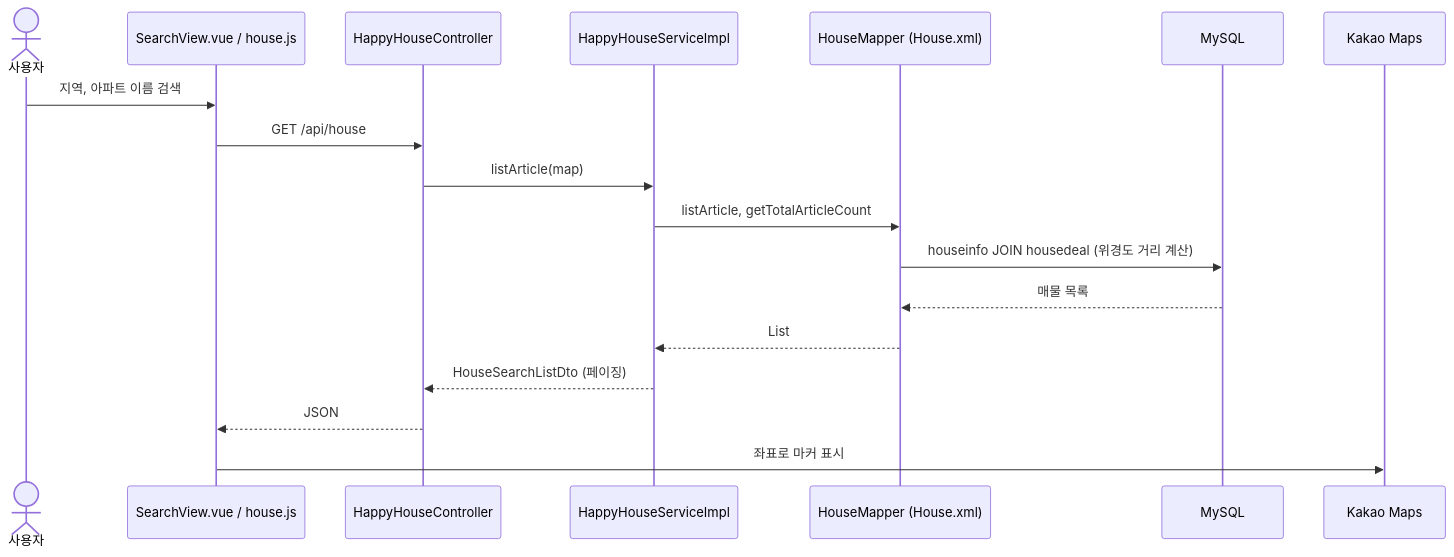
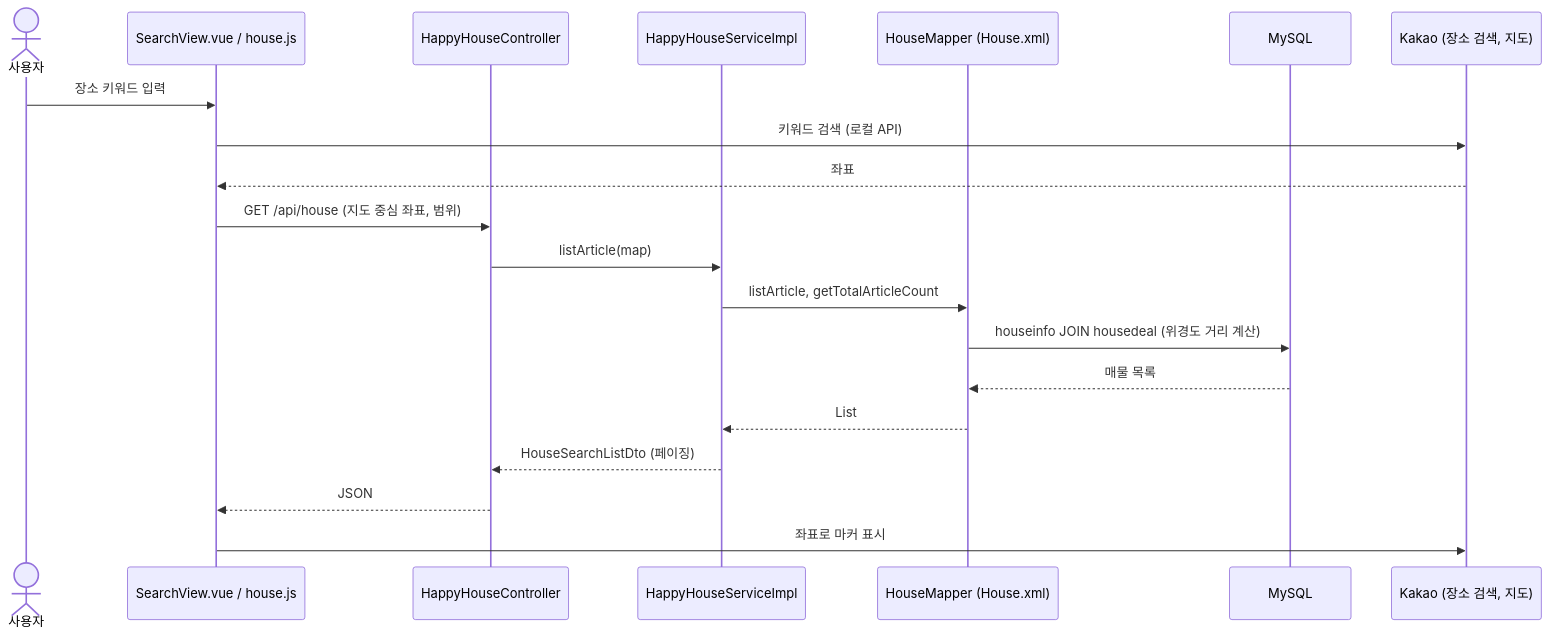
One commit to wogud98/Where-is-my-home changed the fourth of 4 diagrams in README.md. Above: the diagram before and after it, drawn with Mermaid. The commit also changed other lines of this file, not shown here.

````diff
--- a/README.md
+++ b/README.md
@@ -219,21 +221,23 @@
 ```mermaid
 sequenceDiagram
     actor U as 사용자
     participant V as SearchView.vue / house.js
     participant C as HappyHouseController
     participant S as HappyHouseServiceImpl
     participant M as HouseMapper (House.xml)
     participant D as MySQL
-    participant K as Kakao Maps
+    participant K as Kakao (장소 검색, 지도)
 
-    U->>V: 지역, 아파트 이름 검색
-    V->>C: GET /api/house
+    U->>V: 장소 키워드 입력
+    V->>K: 키워드 검색 (로컬 API)
+    K-->>V: 좌표
+    V->>C: GET /api/house (지도 중심 좌표, 범위)
     C->>S: listArticle(map)
     S->>M: listArticle, getTotalArticleCount
     M->>D: houseinfo JOIN housedeal (위경도 거리 계산)
     D-->>M: 매물 목록
     M-->>S: List
     S-->>C: HouseSearchListDto (페이징)
     C-->>V: JSON
     V->>K: 좌표로 마커 표시
 ```
````
